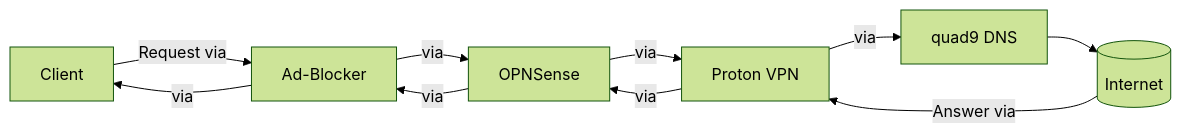
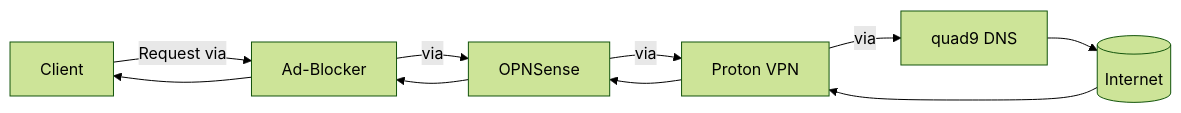
One commit to Nilram13/Self-hosted-DNS-Resolver-with-special-tools changed the diagram in README.md. Above: the diagram before and after it, drawn with Mermaid (forest theme). The commit also changed other lines of this file, not shown here.

````diff
--- a/README.md
+++ b/README.md
@@ -9,5 +11,4 @@
 ```mermaid
 flowchart LR
-    A[Client] --> |Request via| B[Ad-Blocker]  --> |via| C[OPNSense] --> |via| D[Proton VPN] --> |via| E[quad9 DNS] --> F[(Internet)] --> |Answer via| D --> |via| C --> |via| B --> |via| A
-
+    A[Client] --> |Request via| B[Ad-Blocker]  --> |via| C[OPNSense] --> |via| D[Proton VPN] --> |via| E[quad9 DNS] --> F[(Internet)] --> D --> C --> B --> A
 ```
````
